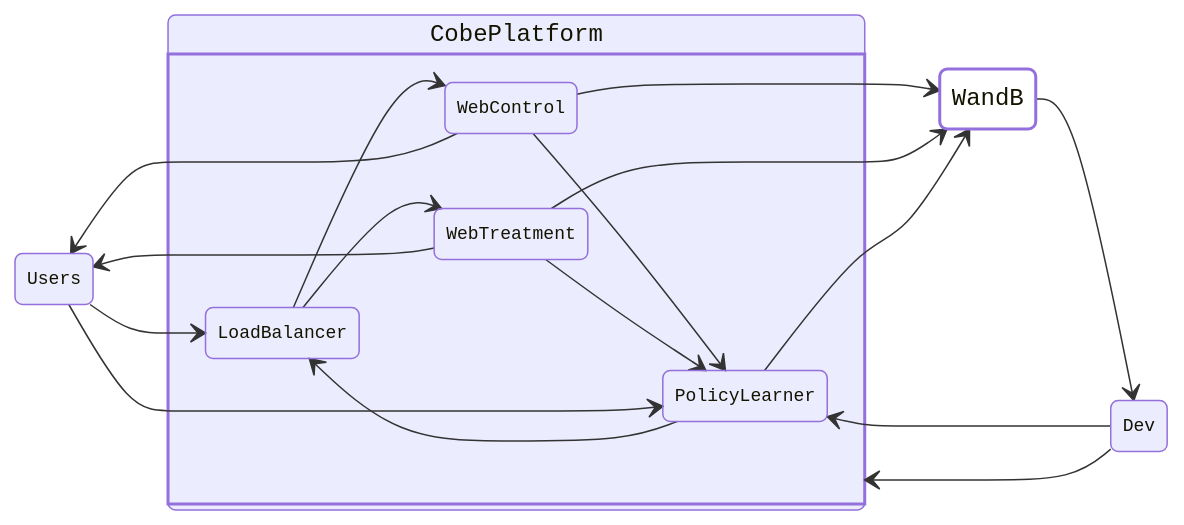
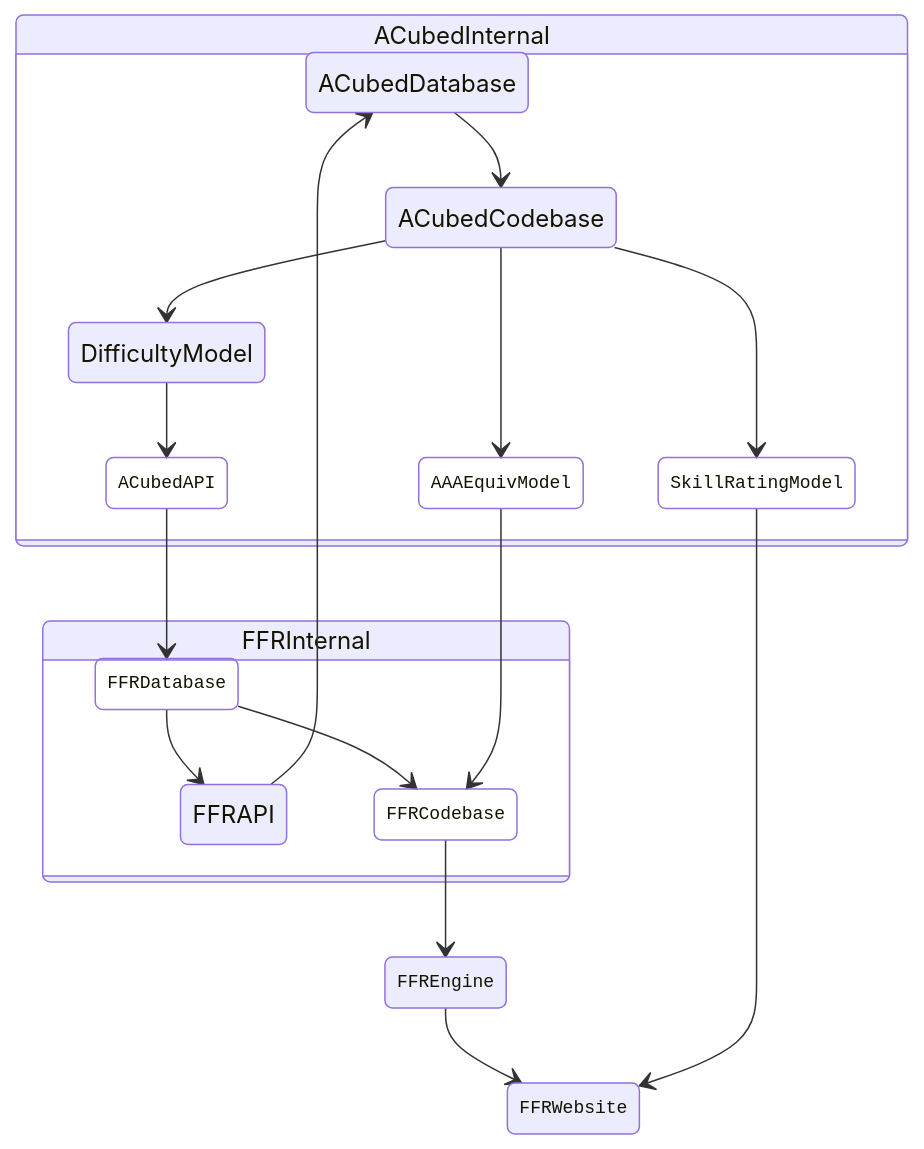
One commit to wirrywoo/ACubed changed the diagram in README.md. Above: the diagram before and after it, drawn with Mermaid. The commit also changed other lines of this file, not shown here.

Commit message:
added state diagram to README.md

````diff
--- a/README.md
+++ b/README.md
@@ -94,30 +94,37 @@
 ```mermaid
 
 stateDiagram
 
     classDef platform font-family: courier, font-size:16px, fill:transparent, stroke-width:2px
     classDef container font-family: courier, font-size:12px, fill:transparent
     classDef actor font-family: courier, font-size:12px
     classDef none font-family: none, font-size:none
 
-    direction LR
-    Users --> LoadBalancer:::container
-    Dev --> CobePlatform:::platform
+    state ACubedInternal {
+        direction LR
 
-    state CobePlatform {
+        ACubedDatabase --> ACubedCodebase
+        ACubedCodebase --> DifficultyModel
+        ACubedCodebase --> AAAEquivModel
+        ACubedCodebase --> SkillRatingModel
+        DifficultyModel --> ACubedAPI
+        FFRAPI --> ACubedDatabase
+    }
+
+    state FFRInternal {
         direction LR
-        LoadBalancer --> WebControl
-        LoadBalancer --> WebTreatment
-        WebControl --> PolicyLearner
-        WebTreatment --> PolicyLearner
-        PolicyLearner --> LoadBalancer
+        FFRDatabase --> FFRAPI
+        FFRDatabase --> FFRCodebase
     }
-    WebControl:::container --> Users:::actor
-    WebTreatment:::container --> Users
-    Users --> PolicyLearner:::container
-    WebControl --> WandB:::platform
-    WebTreatment --> WandB
-    PolicyLearner --> WandB
-    WandB --> Dev:::actor
-    Dev --> PolicyLearner
+    ACubedInternal:::platform
+    FFRInternal:::platform
+    ACubedDatabase:::container
+    ACubedCodebase:::container
+    DifficultyModel:::container
+    FFRAPI:::container
+    ACubedAPI:::container --> FFRDatabase:::container
+    AAAEquivModel:::container --> FFRCodebase:::container
+    FFRCodebase:::container --> FFREngine:::actor
+    FFREngine:::actor --> FFRWebsite:::actor
+    SkillRatingModel:::container --> FFRWebsite:::actor
 ```
````
